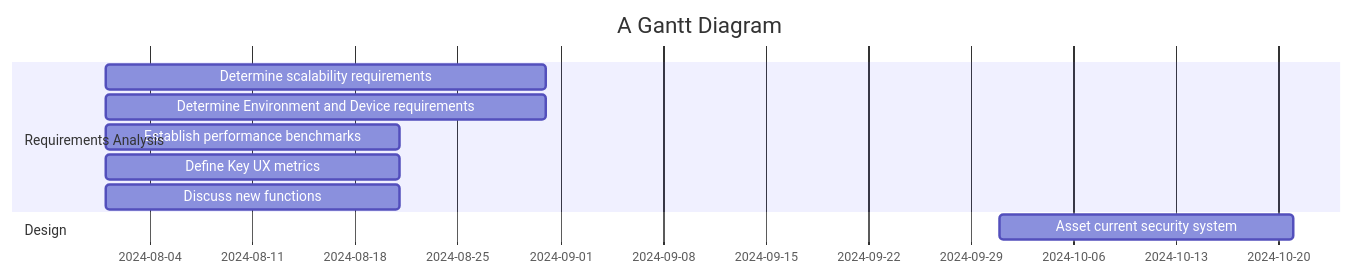
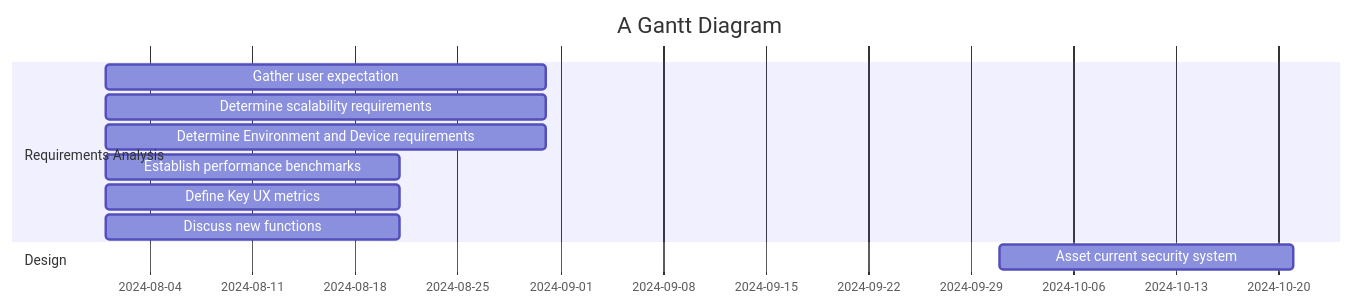
Before and after one commit to sayshelley/iodraw-files: the diagram in all/Untitled-2.md, drawn with Mermaid.

Commit message:
2024-10-05 00:18:14 update

````diff
--- a/all/Untitled-2.md
+++ b/all/Untitled-2.md
@@ -1,22 +1,22 @@
 ```mermaid
 gantt
     title A Gantt Diagram
     dateFormat  YYYY-MM-DD
     section Requirements Analysis
+        Gather user expectation: a4, 2024-08-01, 30d
         Determine scalability requirements: a1, 2024-08-01, 30d
         Determine Environment and Device requirements: a2, 2024-08-01, 30d
         Establish performance benchmarks: a3, 2024-08-01, 20d
-        
         Define Key UX metrics: a5, 2024-08-01, 20d
         Discuss new functions: a6, 2024-08-01, 20d
     section Design
         Asset current security system: b1, 2024-10-01, 20d
 
     section Develop
 
 
     
 
 
    
 ```
````
